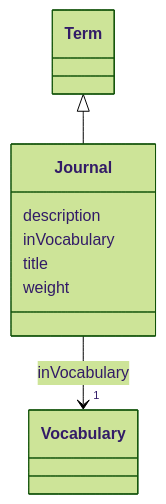
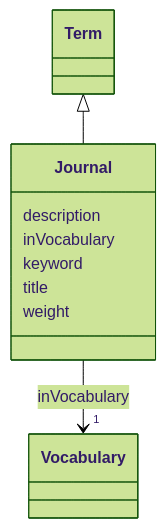
The diagram in models/docs/Journal.md (EVORA-project/evora-ontology), drawn with Mermaid (forest theme) before and after one commit. The commit also changed other lines of this file and 402 other files, not shown here.

````diff
--- a/models/docs/Journal.md
+++ b/models/docs/Journal.md
@@ -19,24 +19,26 @@
 ```mermaid
  classDiagram
     class Journal
     click Journal href "../Journal"
       Term <|-- Journal
         click Term href "../Term"
       
       Journal : description
         
       Journal : inVocabulary
         
           
     
     
     Journal --> "1" Vocabulary : inVocabulary
     click Vocabulary href "../Vocabulary"
 
         
+      Journal : keyword
+        
       Journal : title
         
       Journal : weight
         
       
 ```
````
